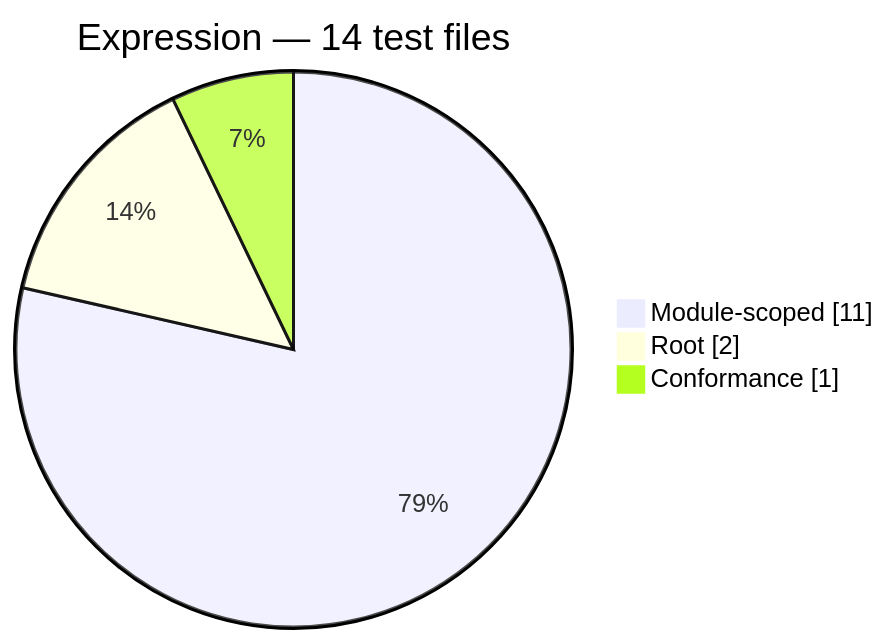
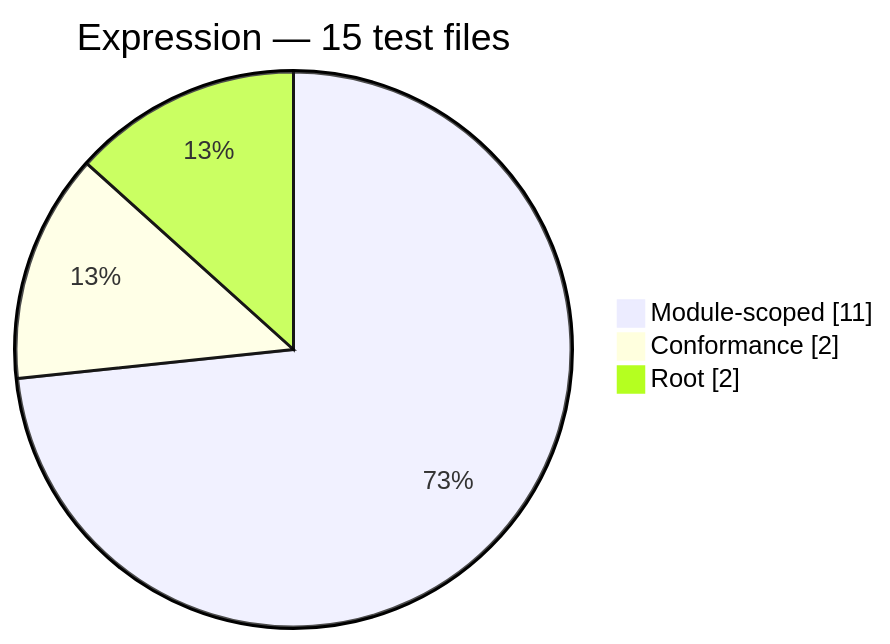
Before and after one commit to Mohammed-Alama/php-arazzo: the second of 12 diagrams in docs/generated/test-composition.md, drawn with Mermaid. The commit also changed other lines of this file and 11 other files, not shown here.

First line of the commit message:
test(expression): add language-agnostic conformance corpus (#144)

````diff
--- a/docs/generated/test-composition.md
+++ b/docs/generated/test-composition.md
@@ -28,7 +28,7 @@
 ```mermaid
 pie showData
-    title Expression — 14 test files
+    title Expression — 15 test files
     "Module-scoped": 11
+    "Conformance": 2
     "Root": 2
-    "Conformance": 1
 ```
````
